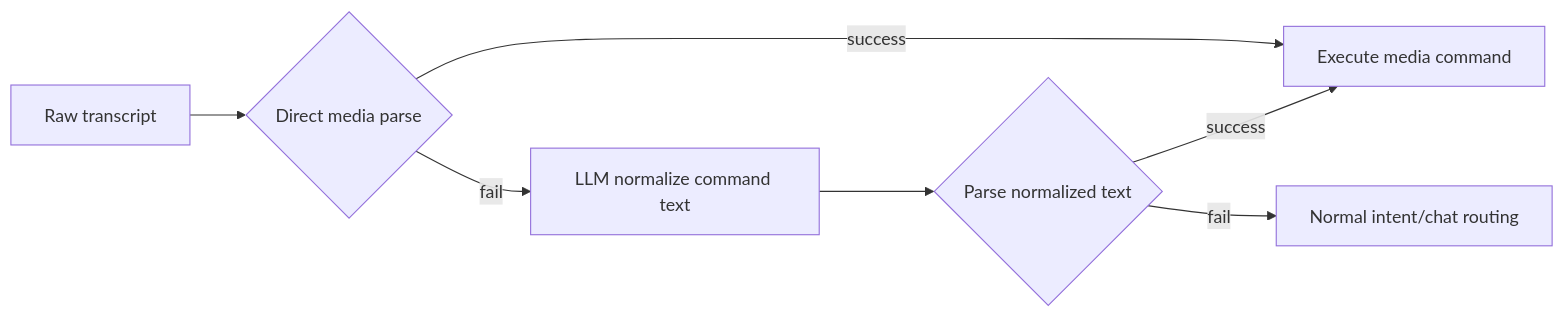
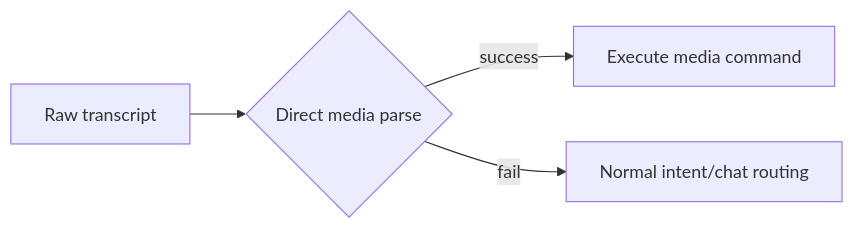
One commit to AncientiCe/aice changed diagram 15 of 16 in docs/architecture/README.md. Above: the diagram before and after it, drawn with Mermaid. The commit also changed other lines of this file and 20 other files, not shown here.

````diff
--- a/docs/architecture/README.md
+++ b/docs/architecture/README.md
@@ -380,9 +372,6 @@
 ```mermaid
 flowchart LR
     STT[Raw transcript] --> Parse{Direct media parse}
     Parse -->|success| Execute[Execute media command]
-    Parse -->|fail| Normalize[LLM normalize command text]
-    Normalize --> Retry{Parse normalized text}
-    Retry -->|success| Execute
-    Retry -->|fail| Intent[Normal intent/chat routing]
+    Parse -->|fail| Intent[Normal intent/chat routing]
 ```
````
